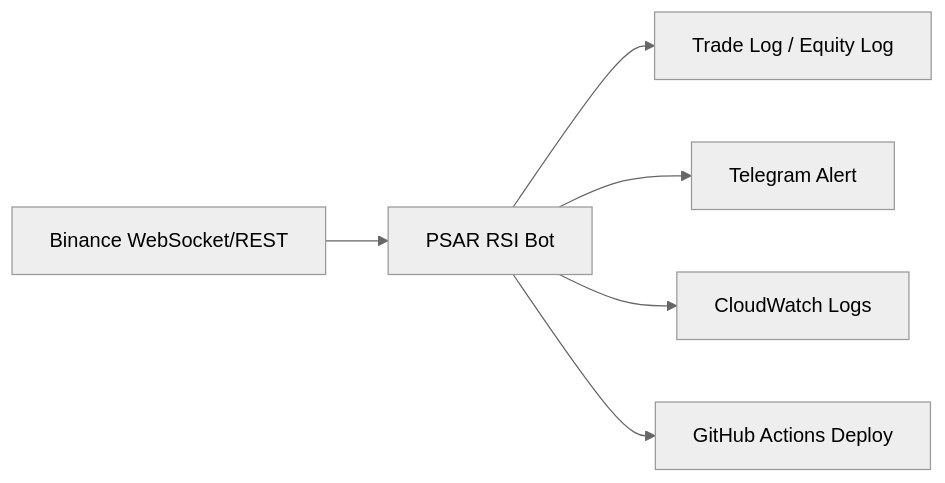
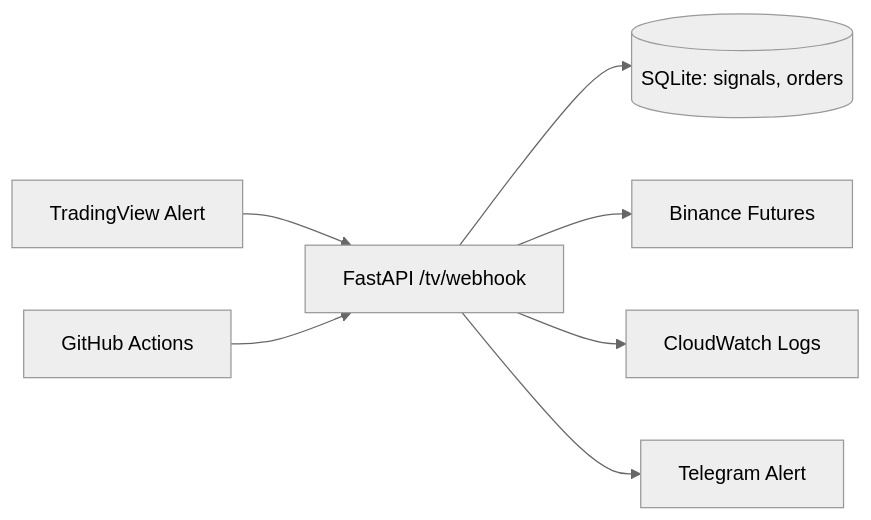
Before and after one commit to gyeong1181/System-Trading: the diagram in README.md, drawn with Mermaid (neutral theme). The commit also changed other lines of this file and 18 other files, not shown here.

First line of the commit message:
feat: Implement Binance Futures Executor for trading operations

````diff
--- a/README.md
+++ b/README.md
@@ -49,8 +38,9 @@
 ```mermaid
 flowchart LR
-    A[Binance WebSocket/REST] --> B[PSAR RSI Bot]
-    B --> C[Trade Log / Equity Log]
-    B --> D[Telegram Alert]
-    B --> E[CloudWatch Logs]
-    B --> F[GitHub Actions Deploy]
+    TV[TradingView Alert] --> API[FastAPI /tv/webhook]
+    API --> DB[(SQLite: signals, orders)]
+    API --> BINANCE[Binance Futures]
+    API --> CW[CloudWatch Logs]
+    API --> TG[Telegram Alert]
+    GHA[GitHub Actions] --> API
 ```
````
